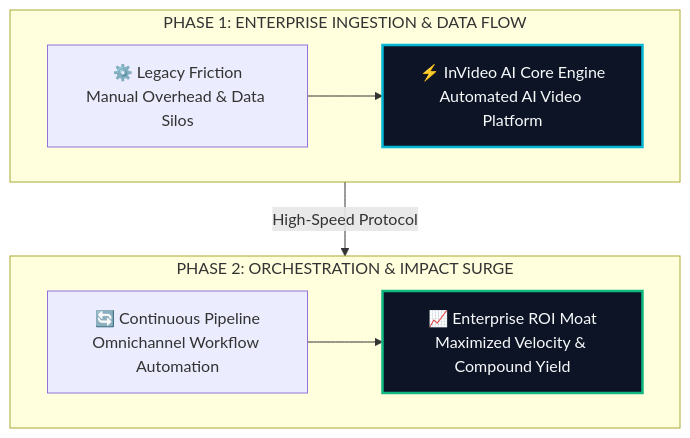
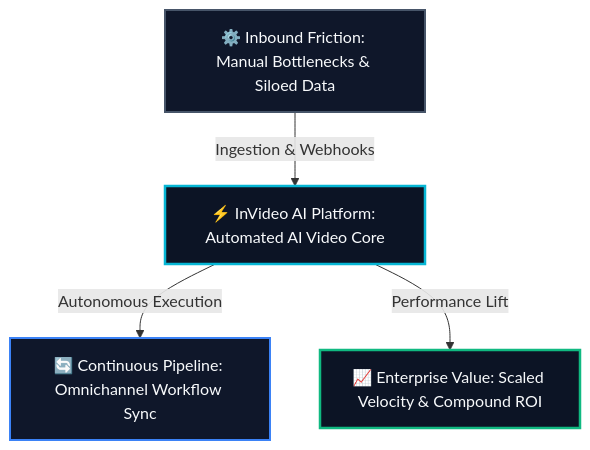
One commit to heliatech-media/saas-radar changed the diagram in site/src/content/blog/invideo-ai-evolution-guide-2026.md. Above: the diagram before and after it, drawn with Mermaid. The commit also changed 93 other files, not shown here.

First line of the commit message:
fix(diagrams): resolve dagre-d3 subgraph collision by migrating to balanced 3-tier Hub & Spoke architecture

````diff
--- a/site/src/content/blog/invideo-ai-evolution-guide-2026.md
+++ b/site/src/content/blog/invideo-ai-evolution-guide-2026.md
@@ -66,14 +66,14 @@
 ```mermaid
 flowchart TD
-    subgraph S1["PHASE 1: ENTERPRISE INGESTION & DATA FLOW"]
-        direction LR
-        A["⚙️ Legacy Friction<br/>Manual Overhead & Data Silos"] --> B["⚡ InVideo AI Core Engine<br/>Automated AI Video Platform"]
-    end
-    subgraph S2["PHASE 2: ORCHESTRATION & IMPACT SURGE"]
-        direction LR
-        C["🔄 Continuous Pipeline<br/>Omnichannel Workflow Automation"] --> D["📈 Enterprise ROI Moat<br/>Maximized Velocity & Compound Yield"]
-    end
-    S1 -->|High-Speed Protocol| S2
-    style B fill:#0c1425,stroke:#06b6d4,stroke-width:2.5px,color:#f8fafc
-    style D fill:#0c1425,stroke:#10b981,stroke-width:2.5px,color:#f8fafc
+    Inp["⚙️ Inbound Friction: Manual Bottlenecks & Siloed Data"]
+    Eng["⚡ InVideo AI Platform: Automated AI Video Core"]
+    Out1["🔄 Continuous Pipeline: Omnichannel Workflow Sync"]
+    Out2["📈 Enterprise Value: Scaled Velocity & Compound ROI"]
+    Inp -->|Ingestion & Webhooks| Eng
+    Eng -->|Autonomous Execution| Out1
+    Eng -->|Performance Lift| Out2
+    style Inp fill:#0f172a,stroke:#475569,stroke-width:2px,color:#f8fafc
+    style Eng fill:#0c1425,stroke:#06b6d4,stroke-width:2.5px,color:#f8fafc
+    style Out1 fill:#0f172a,stroke:#3b82f6,stroke-width:2px,color:#f8fafc
+    style Out2 fill:#0c1425,stroke:#10b981,stroke-width:2.5px,color:#f8fafc
 ```
````
